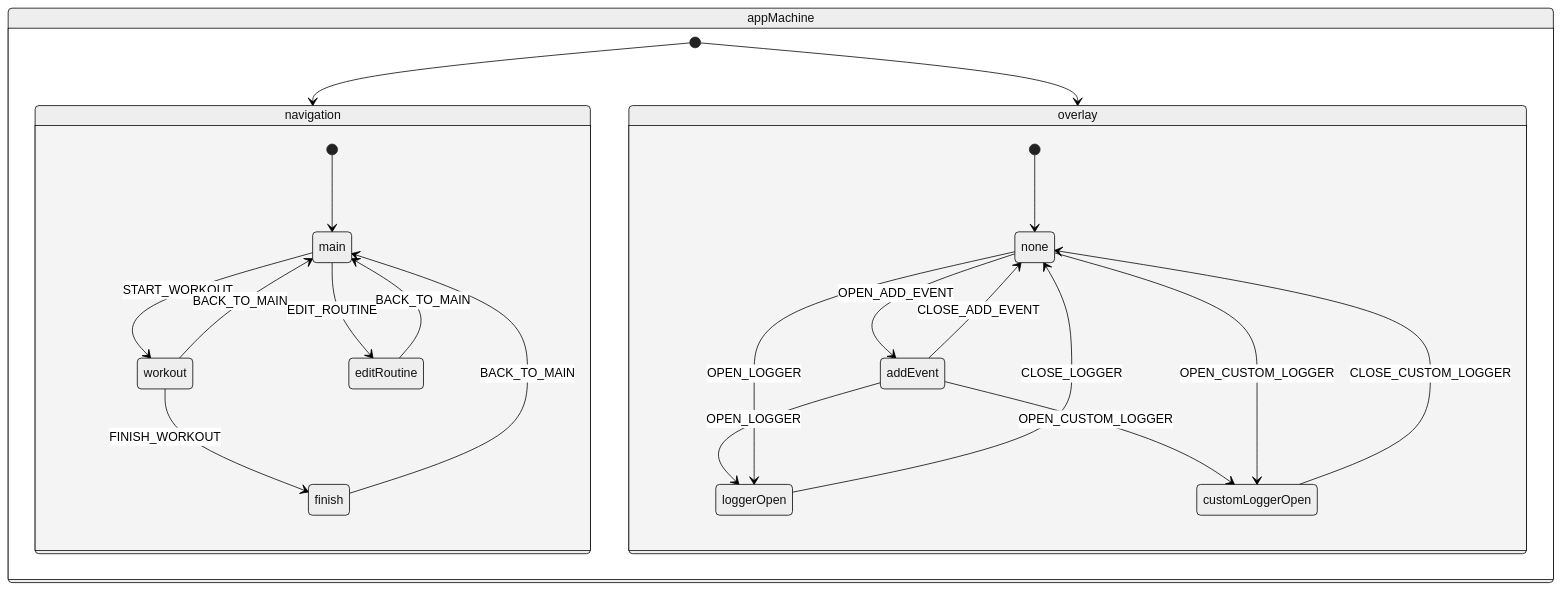
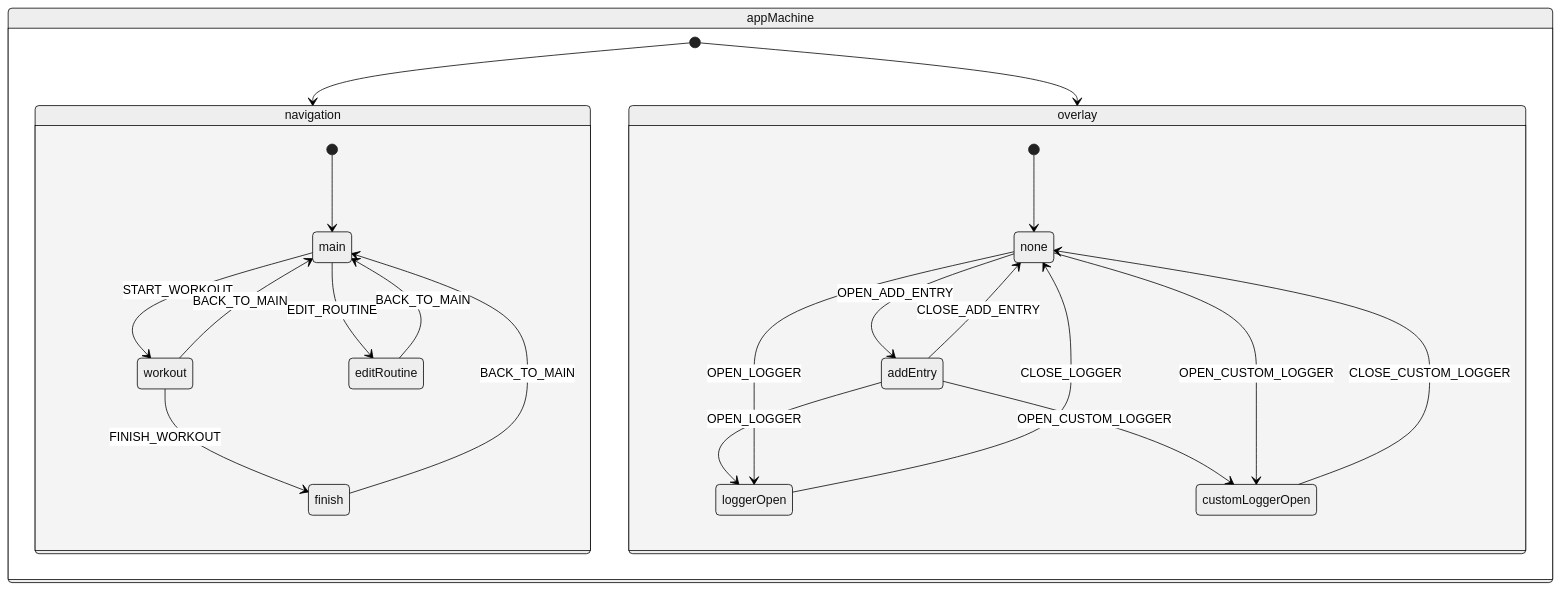
Before and after one commit to wahidyankf/ose-public: the third of 3 diagrams in plans/in-progress/2026-04-25__organiclever-web-app/tech-docs.md, drawn with Mermaid (neutral theme). The commit also changed other lines of this file and 1 other file, not shown here.

First line of the commit message:
refactor(plans): rename event→entry/journal throughout organiclever-web-app plan

````diff
--- a/plans/in-progress/2026-04-25__organiclever-web-app/tech-docs.md
+++ b/plans/in-progress/2026-04-25__organiclever-web-app/tech-docs.md
@@ -603,32 +603,32 @@
 ```mermaid
 stateDiagram-v2
     state appMachine {
         [*] --> navigation
         [*] --> overlay
 
         state navigation {
             [*] --> main
             main --> workout : START_WORKOUT
             main --> editRoutine : EDIT_ROUTINE
             workout --> finish : FINISH_WORKOUT
             workout --> main : BACK_TO_MAIN
             finish --> main : BACK_TO_MAIN
             editRoutine --> main : BACK_TO_MAIN
         }
 
         state overlay {
             [*] --> none
-            none --> addEvent : OPEN_ADD_EVENT
-            addEvent --> none : CLOSE_ADD_EVENT
-            addEvent --> loggerOpen : OPEN_LOGGER
+            none --> addEntry : OPEN_ADD_ENTRY
+            addEntry --> none : CLOSE_ADD_ENTRY
+            addEntry --> loggerOpen : OPEN_LOGGER
             none --> loggerOpen : OPEN_LOGGER
             loggerOpen --> none : CLOSE_LOGGER
-            addEvent --> customLoggerOpen : OPEN_CUSTOM_LOGGER
+            addEntry --> customLoggerOpen : OPEN_CUSTOM_LOGGER
             none --> customLoggerOpen : OPEN_CUSTOM_LOGGER
             customLoggerOpen --> none : CLOSE_CUSTOM_LOGGER
         }
     }
 
     classDef navState fill:#0173B2,stroke:#000000,color:#FFFFFF,stroke-width:2px
     classDef overlayState fill:#029E73,stroke:#000000,color:#FFFFFF,stroke-width:2px
 ```
````
